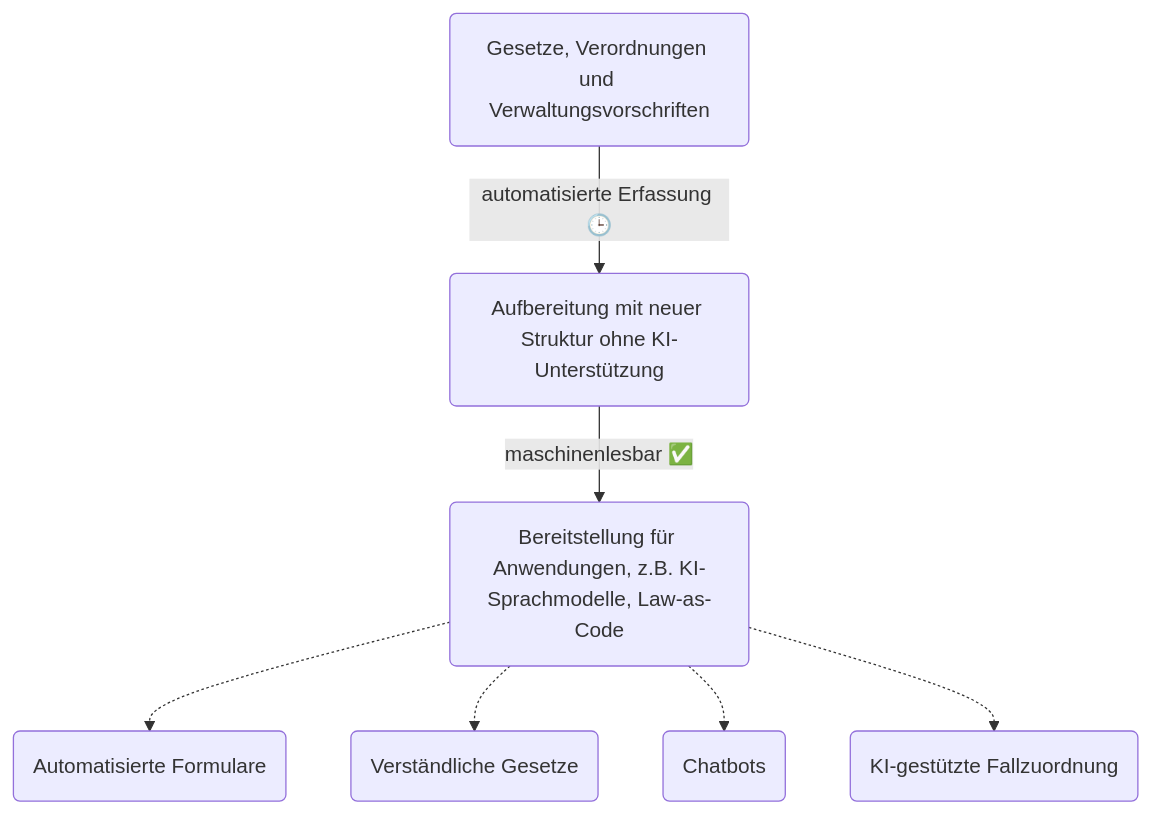
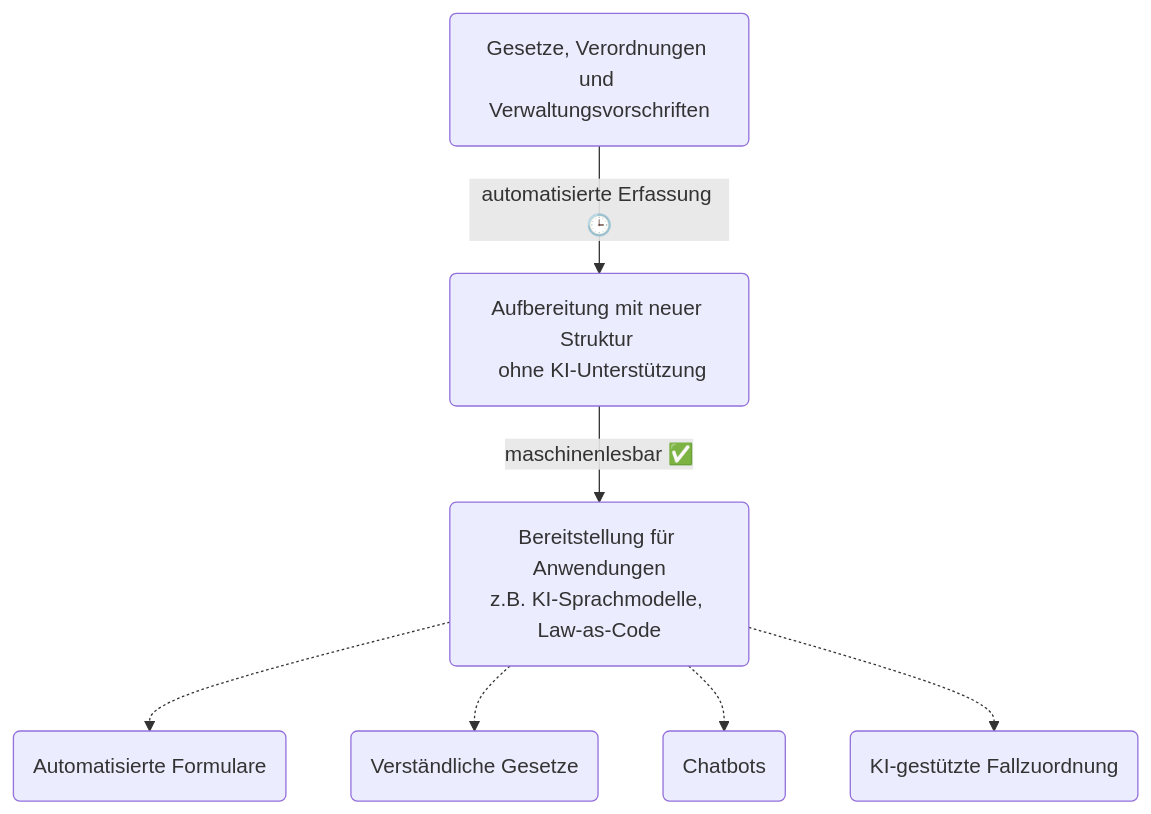
One commit to stefanmaeder/dotgov changed the diagram in slides/02_big-picture.md. Above: the diagram before and after it, drawn with Mermaid.

````diff
--- a/slides/02_big-picture.md
+++ b/slides/02_big-picture.md
@@ -1,9 +1,9 @@
 ```mermaid
 flowchart TD
-    A(Gesetze, Verordnungen und Verwaltungsvorschriften) -->|automatisierte Erfassung 🕒| B(Aufbereitung mit neuer Struktur ohne KI-Unterstützung)
-    B --> |maschinenlesbar ✅| C(Bereitstellung für Anwendungen, z.B. KI-Sprachmodelle, Law-as-Code)
+    A(Gesetze, Verordnungen und <br>Verwaltungsvorschriften) -->|automatisierte Erfassung 🕒| B(Aufbereitung mit neuer Struktur <br> ohne KI-Unterstützung)
+    B --> |maschinenlesbar ✅| C(Bereitstellung für Anwendungen<br>z.B. KI-Sprachmodelle, Law-as-Code)
     C -.-> D(Automatisierte Formulare)
     C -.-> E(Verständliche Gesetze)
     C -.-> F(Chatbots)
     C -.-> G(KI-gestützte Fallzuordnung)
 ```
````
